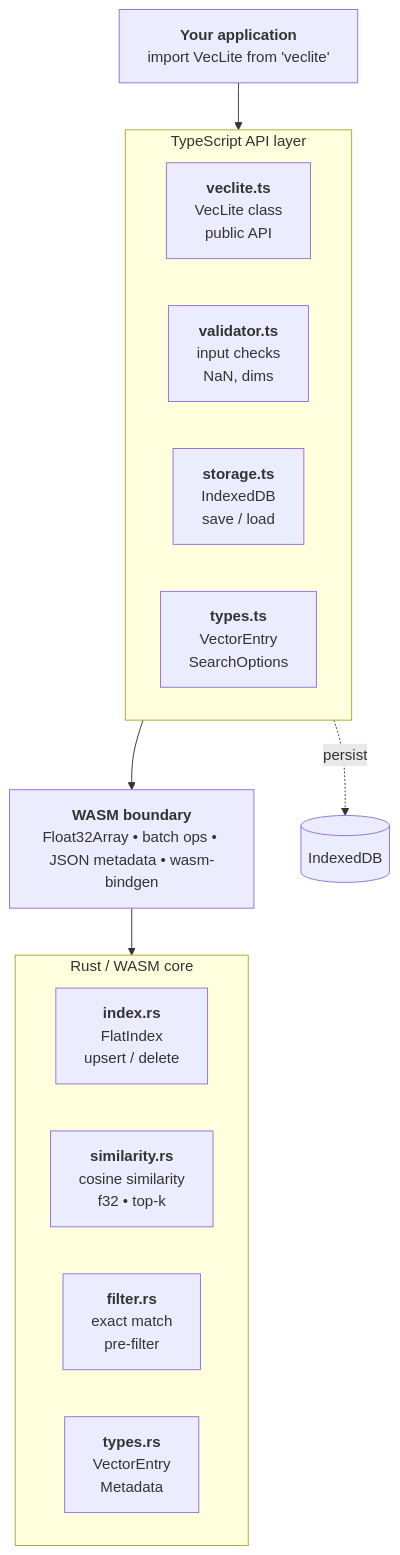
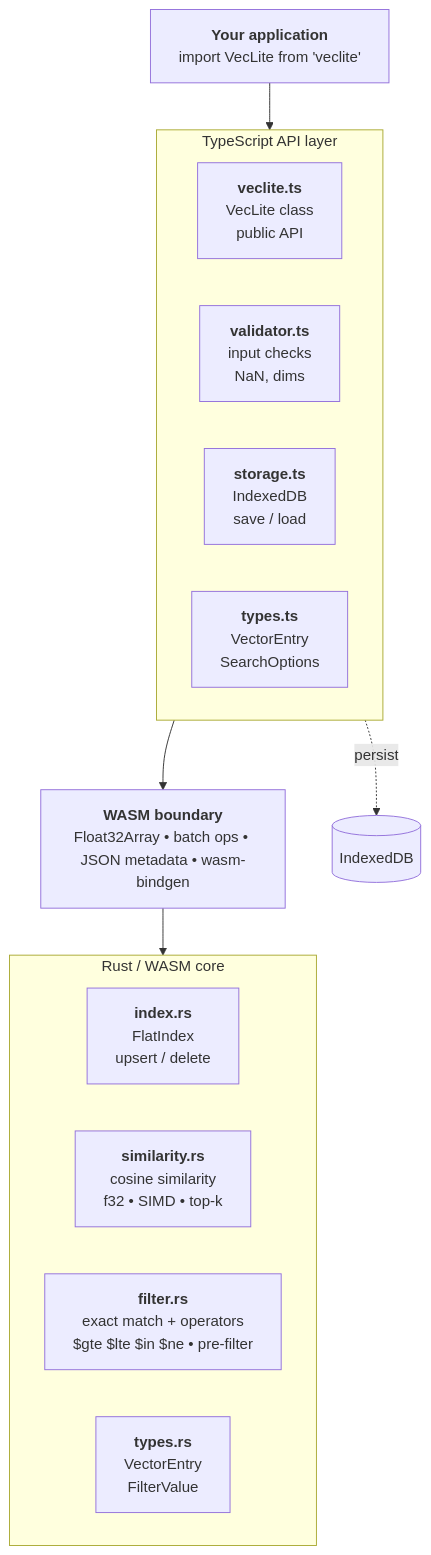
Before and after one commit to thealpha93/VecLite: the diagram in docs/architecture.md, drawn with Mermaid. The commit also changed other lines of this file and 5 other files, not shown here.

Commit message:
feat: implement SIMD-accelerated cosine similarity and advanced metadata filtering operators ($gte, $lte, $in, $ne) for v0.2.0.

````diff
--- a/docs/architecture.md
+++ b/docs/architecture.md
@@ -9,30 +9,30 @@
 ```mermaid
 graph TD
     App["<b>Your application</b><br>import VecLite from 'veclite'"]
     
     subgraph TS [TypeScript API layer]
         direction LR
         API["<b>veclite.ts</b><br>VecLite class<br>public API"]
         Val["<b>validator.ts</b><br>input checks<br>NaN, dims"]
         Stor["<b>storage.ts</b><br>IndexedDB<br>save / load"]
         TSTypes["<b>types.ts</b><br>VectorEntry<br>SearchOptions"]
     end
 
     WASM["<b>WASM boundary</b><br>Float32Array • batch ops • JSON metadata • wasm-bindgen"]
     
     subgraph RUST [Rust / WASM core]
         direction LR
         Index["<b>index.rs</b><br>FlatIndex<br>upsert / delete"]
-        Sim["<b>similarity.rs</b><br>cosine similarity<br>f32 • top-k"]
-        Filt["<b>filter.rs</b><br>exact match<br>pre-filter"]
-        RTypes["<b>types.rs</b><br>VectorEntry<br>Metadata"]
+        Sim["<b>similarity.rs</b><br>cosine similarity<br>f32 • SIMD • top-k"]
+        Filt["<b>filter.rs</b><br>exact match + operators<br>$gte $lte $in $ne • pre-filter"]
+        RTypes["<b>types.rs</b><br>VectorEntry<br>FilterValue"]
     end
 
     DB[(IndexedDB)]
 
     App --> TS
     TS --> WASM
     WASM --> RUST
     
     Stor -. "persist" .-> DB
 ```
````
